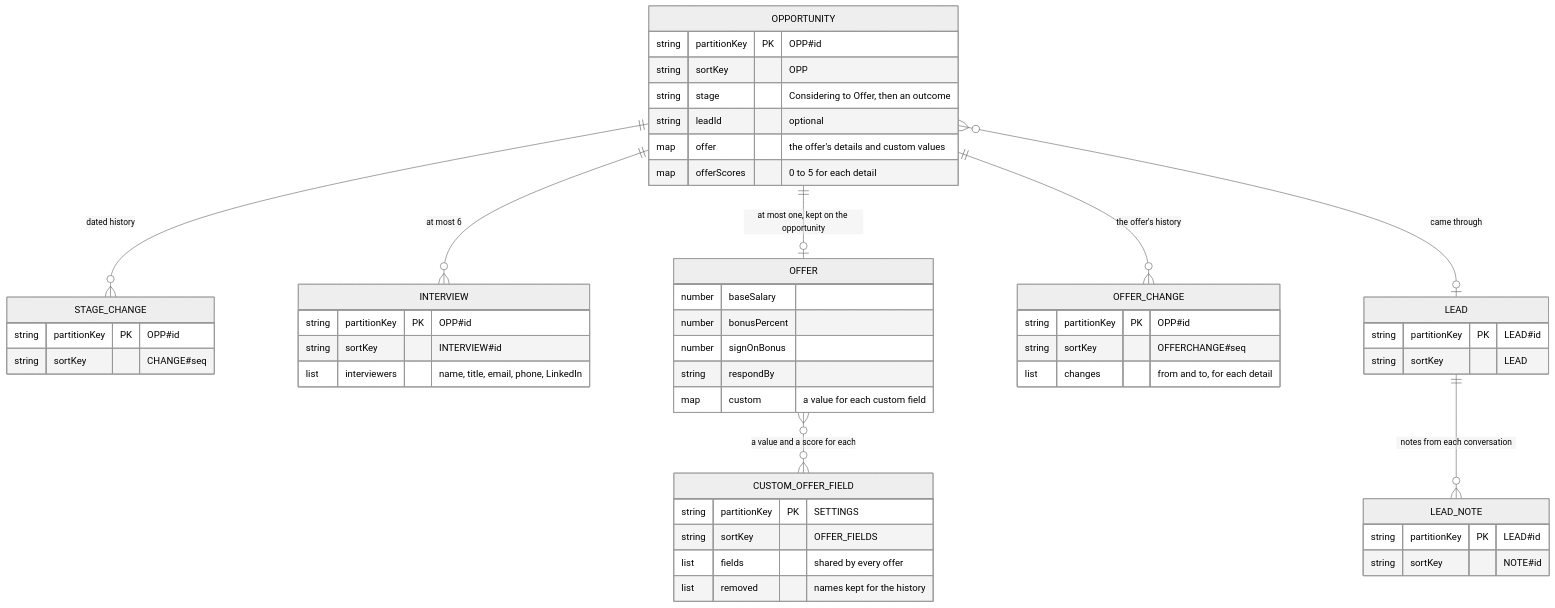
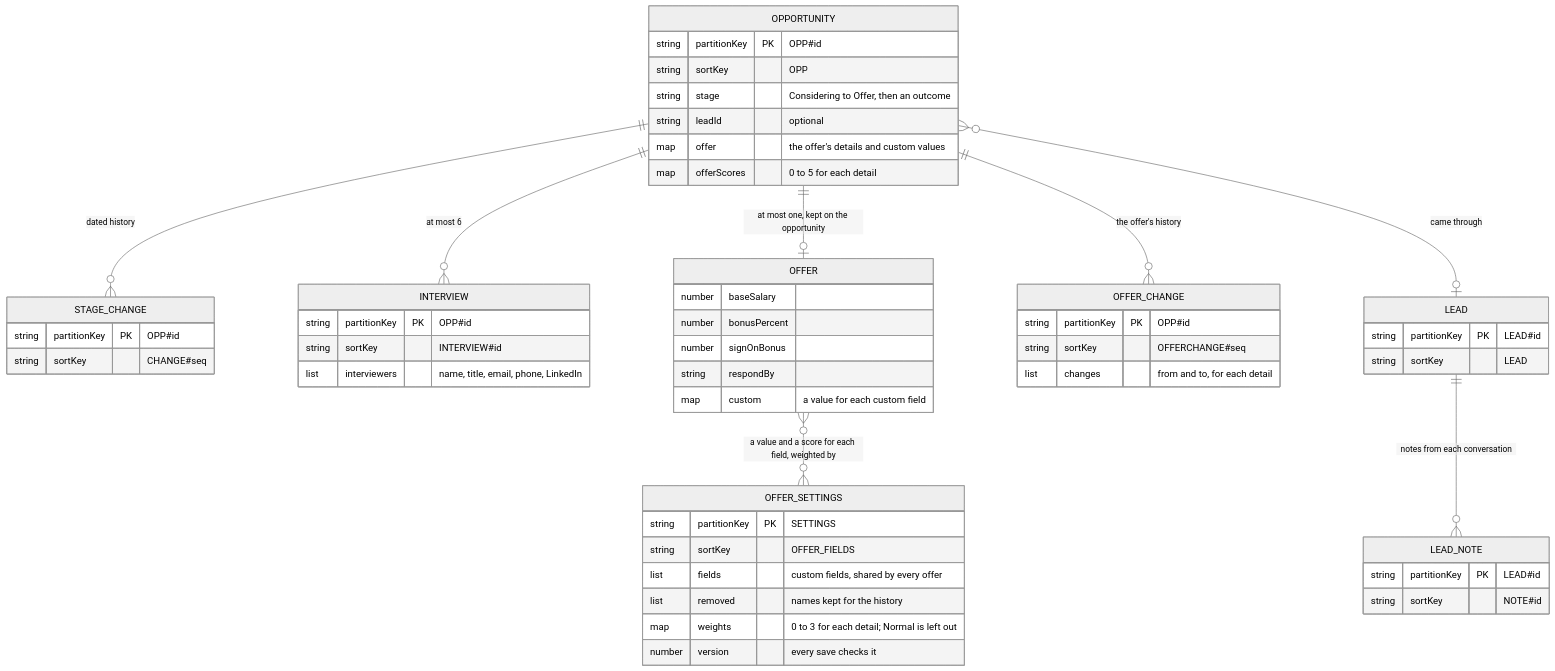
One commit to bosterkamp/job-opportunity-tracker changed the second of 3 diagrams in README.md. Above: the diagram before and after it, drawn with Mermaid (neutral theme). The commit also changed other lines of this file and 55 other files, not shown here.

First line of the commit message:
feat: say how much each offer detail counts, on a new Settings page (v1.2.0)

````diff
--- a/README.md
+++ b/README.md
@@ -280,54 +295,56 @@
 ```mermaid
 erDiagram
     OPPORTUNITY ||--o{ STAGE_CHANGE : "dated history"
     OPPORTUNITY ||--o{ INTERVIEW : "at most 6"
     OPPORTUNITY ||--o| OFFER : "at most one, kept on the opportunity"
     OPPORTUNITY ||--o{ OFFER_CHANGE : "the offer's history"
     OPPORTUNITY }o--o| LEAD : "came through"
     LEAD ||--o{ LEAD_NOTE : "notes from each conversation"
-    OFFER }o--o{ CUSTOM_OFFER_FIELD : "a value and a score for each"
+    OFFER }o--o{ OFFER_SETTINGS : "a value and a score for each field, weighted by"
 
     OPPORTUNITY {
         string partitionKey PK "OPP#id"
         string sortKey "OPP"
         string stage "Considering to Offer, then an outcome"
         string leadId "optional"
         map offer "the offer's details and custom values"
         map offerScores "0 to 5 for each detail"
     }
     STAGE_CHANGE {
         string partitionKey PK "OPP#id"
         string sortKey "CHANGE#seq"
     }
     INTERVIEW {
         string partitionKey PK "OPP#id"
         string sortKey "INTERVIEW#id"
         list interviewers "name, title, email, phone, LinkedIn"
     }
     OFFER {
         number baseSalary
         number bonusPercent
         number signOnBonus
         string respondBy
         map custom "a value for each custom field"
     }
     OFFER_CHANGE {
         string partitionKey PK "OPP#id"
         string sortKey "OFFERCHANGE#seq"
         list changes "from and to, for each detail"
     }
-    CUSTOM_OFFER_FIELD {
+    OFFER_SETTINGS {
         string partitionKey PK "SETTINGS"
         string sortKey "OFFER_FIELDS"
-        list fields "shared by every offer"
+        list fields "custom fields, shared by every offer"
         list removed "names kept for the history"
+        map weights "0 to 3 for each detail; Normal is left out"
+        number version "every save checks it"
     }
     LEAD {
         string partitionKey PK "LEAD#id"
         string sortKey "LEAD"
     }
     LEAD_NOTE {
         string partitionKey PK "LEAD#id"
         string sortKey "NOTE#id"
     }
 ```
````
